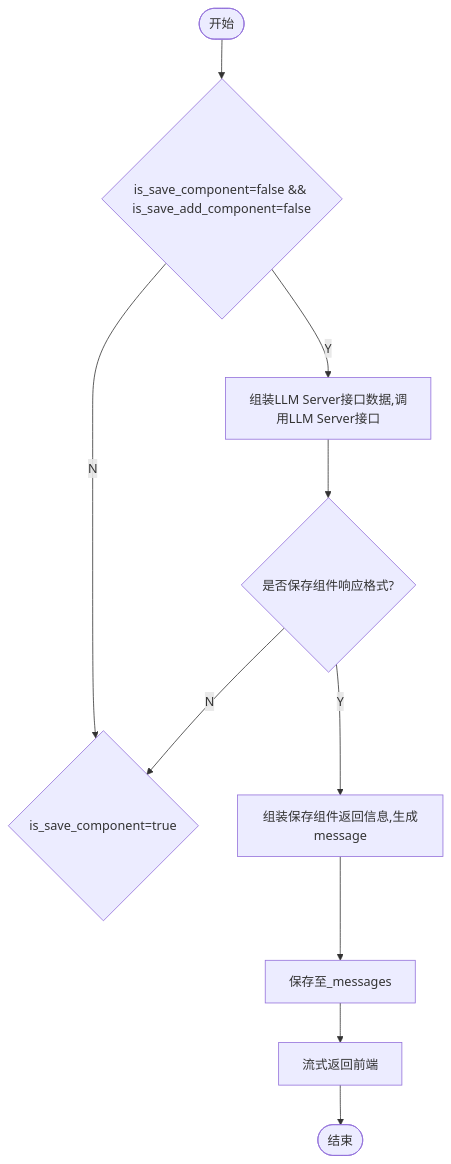
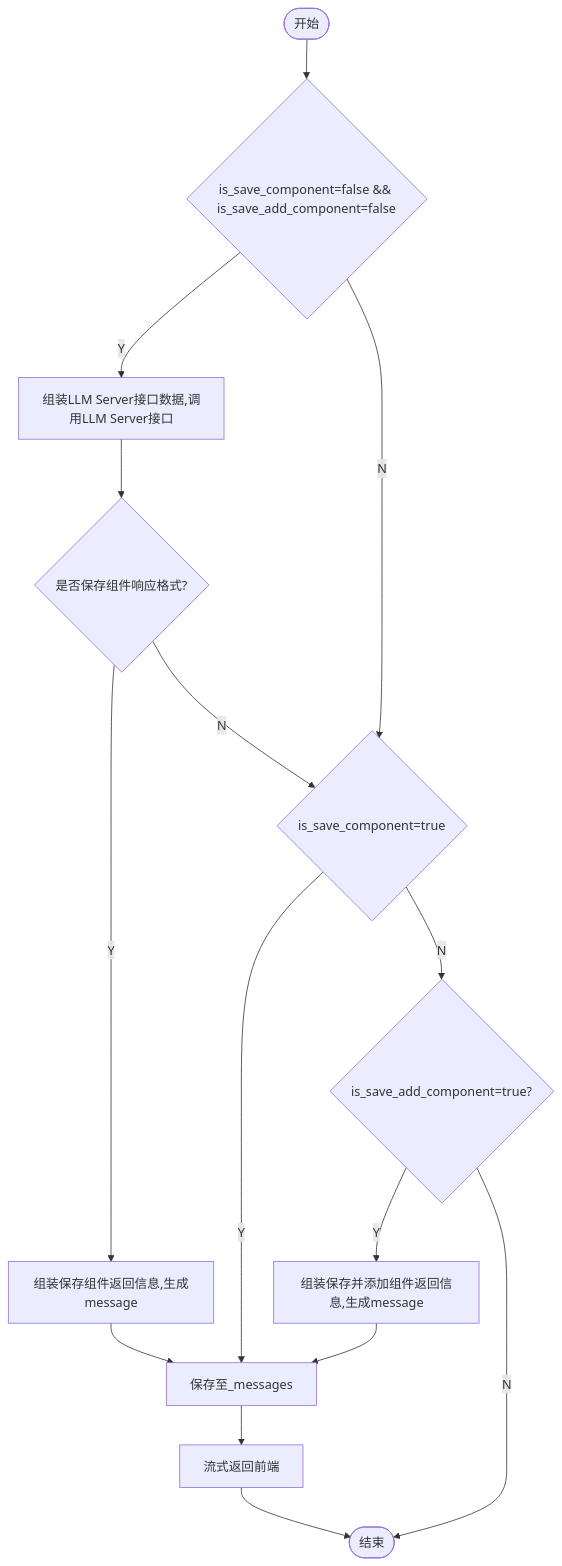
The diagram in all/未命名-7.md (yingjianzh/iodraw-files), drawn with Mermaid before and after one commit.

Commit message:
2024-10-12 13:58:30 update

````diff
--- a/all/未命名-7.md
+++ b/all/未命名-7.md
@@ -1,14 +1,19 @@
 ```mermaid
 flowchart TD
     A([开始]) --> B{is_save_component=false && is_save_add_component=false}
     B -- Y --> C[组装LLM Server接口数据,调用LLM Server接口]
     B -- N --> D{is_save_component=true}
     C --> E{是否保存组件响应格式?}
     E -- Y --> F[组装保存组件返回信息,生成message]
     E -- N --> D
     F --> G[保存至_messages]
     G --> H[流式返回前端]
+    D -- Y --> G
+    D -- N --> J{is_save_add_component=true?}
+    J -- Y --> K[组装保存并添加组件返回信息,生成message]
+    K --> G
+    J -- N --> I
     H --> I([结束])
     
 
 ```
````
